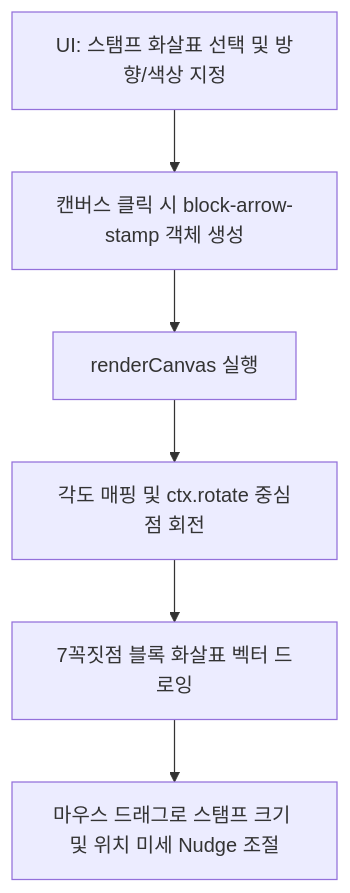
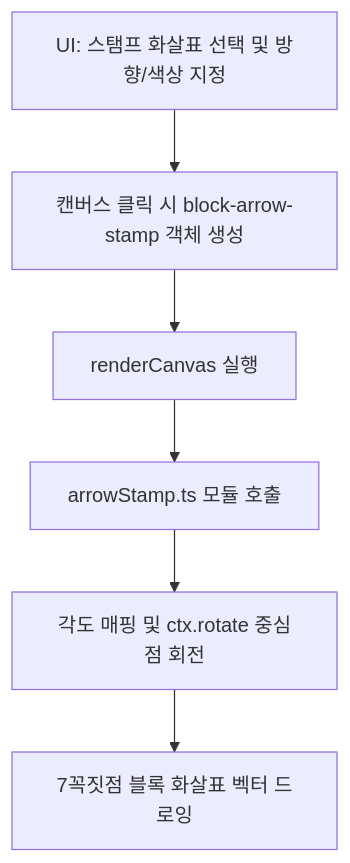
One commit to KimDoYoung/A-Man changed the diagram in docs/stamp_implementation_plan.md. Above: the diagram before and after it, drawn with Mermaid. The commit also changed other lines of this file and 5 other files, not shown here.

````diff
--- a/docs/stamp_implementation_plan.md
+++ b/docs/stamp_implementation_plan.md
@@ -49,8 +50,8 @@
 ```mermaid
 graph TD
     A[UI: 스탬프 화살표 선택 및 방향/색상 지정] --> B[캔버스 클릭 시 block-arrow-stamp 객체 생성]
     B --> C[renderCanvas 실행]
-    C --> D[각도 매핑 및 ctx.rotate 중심점 회전]
-    D --> E[7꼭짓점 블록 화살표 벡터 드로잉]
-    E --> F[마우스 드래그로 스탬프 크기 및 위치 미세 Nudge 조절]
+    C --> D[arrowStamp.ts 모듈 호출]
+    D --> E[각도 매핑 및 ctx.rotate 중심점 회전]
+    E --> F[7꼭짓점 블록 화살표 벡터 드로잉]
 ```
````
